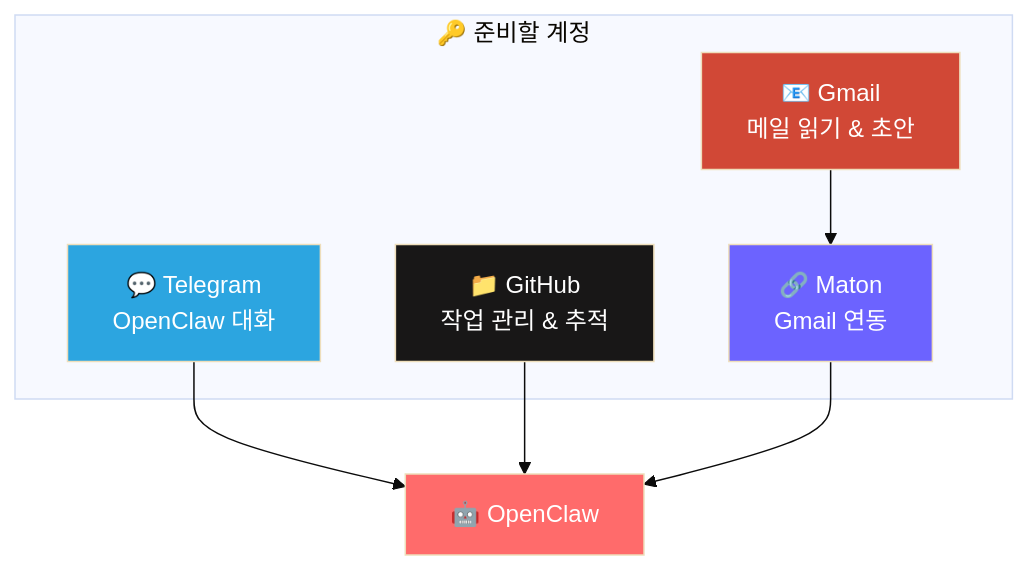
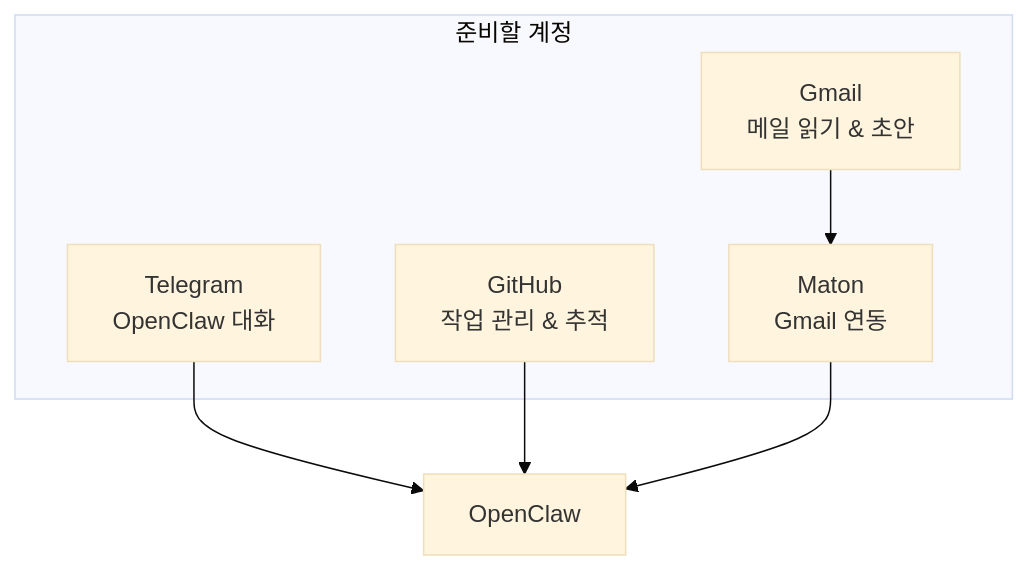
The second of 5 diagrams in README_ko.md (Henriepigastric590/colabclaw), drawn with Mermaid (base theme) before and after one commit. The commit also changed other lines of this file and 1 other file, not shown here.

Commit message:
Simplify mermaid diagrams to monochrome for light/dark theme compatibility

````diff
--- a/README_ko.md
+++ b/README_ko.md
@@ -107,20 +100,14 @@
 ```mermaid
 flowchart TD
-    subgraph Required["🔑 준비할 계정"]
-        T[💬 Telegram<br/>OpenClaw 대화]
-        GH[📁 GitHub<br/>작업 관리 & 추적]
-        GM[📧 Gmail<br/>메일 읽기 & 초안]
-        M[🔗 Maton<br/>Gmail 연동]
+    subgraph Required["준비할 계정"]
+        T[Telegram<br/>OpenClaw 대화]
+        GH[GitHub<br/>작업 관리 & 추적]
+        GM[Gmail<br/>메일 읽기 & 초안]
+        M[Maton<br/>Gmail 연동]
     end
 
-    T --> OC[🤖 OpenClaw]
+    T --> OC[OpenClaw]
     GH --> OC
     GM --> M
     M --> OC
-
-    style OC fill:#FF6B6B,color:#fff
-    style T fill:#2CA5E0,color:#fff
-    style GH fill:#181717,color:#fff
-    style GM fill:#D14836,color:#fff
-    style M fill:#6C63FF,color:#fff
 ```
````
